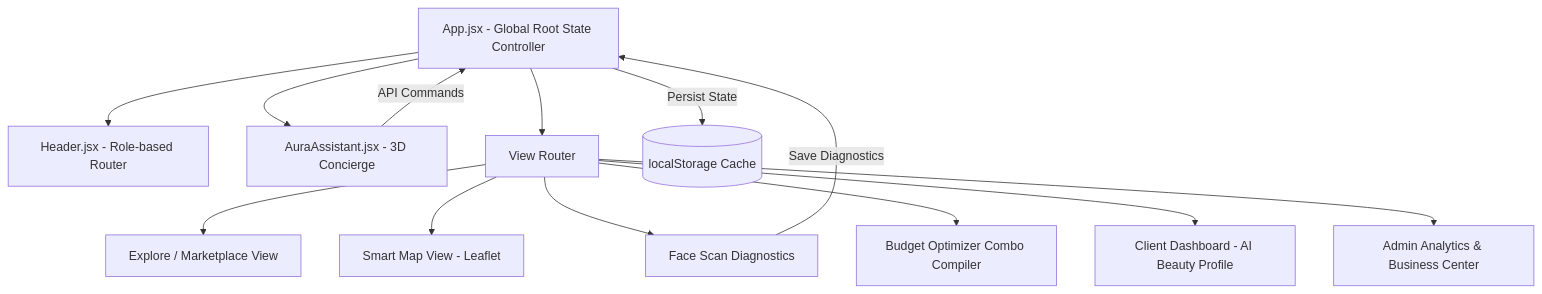
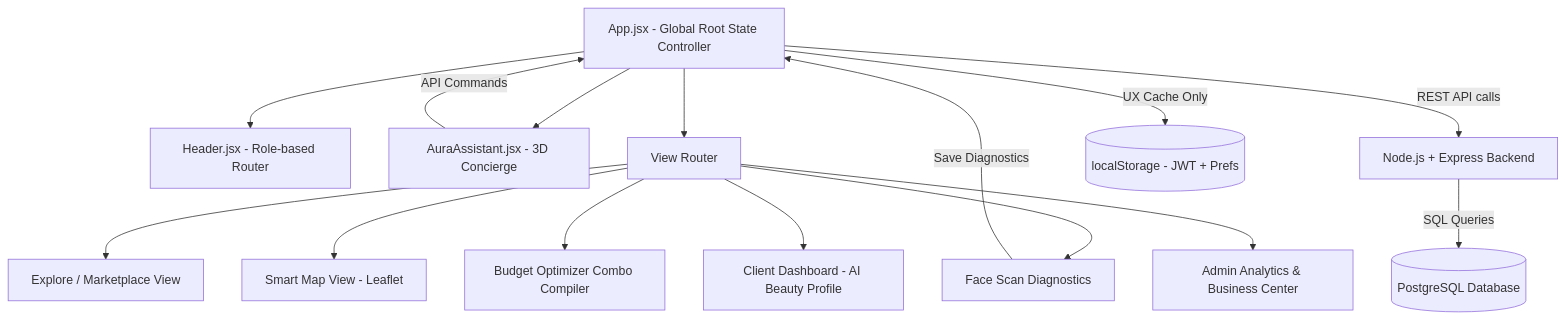
The diagram in ARCHITECTURE.md (varuunn15/salon-website-for-superxgen), drawn with Mermaid before and after one commit. The commit also changed other lines of this file and 12 other files, not shown here.

````diff
--- a/ARCHITECTURE.md
+++ b/ARCHITECTURE.md
@@ -11,17 +11,19 @@
 ```mermaid
 graph TD
     A[App.jsx - Global Root State Controller] --> B[Header.jsx - Role-based Router]
     A --> C[AuraAssistant.jsx - 3D Concierge]
     A --> D[View Router]
     
     D --> E[Explore / Marketplace View]
     D --> F[Smart Map View - Leaflet]
     D --> G[Face Scan Diagnostics]
     D --> H[Budget Optimizer Combo Compiler]
     D --> I[Client Dashboard - AI Beauty Profile]
     D --> J[Admin Analytics & Business Center]
     
     C -->|API Commands| A
     G -->|Save Diagnostics| A
-    A -->|Persist State| K[(localStorage Cache)]
+    A -->|REST API calls| K[Node.js + Express Backend]
+    K -->|SQL Queries| L[(PostgreSQL Database)]
+    A -->|UX Cache Only| M[(localStorage - JWT + Prefs)]
 ```
````
